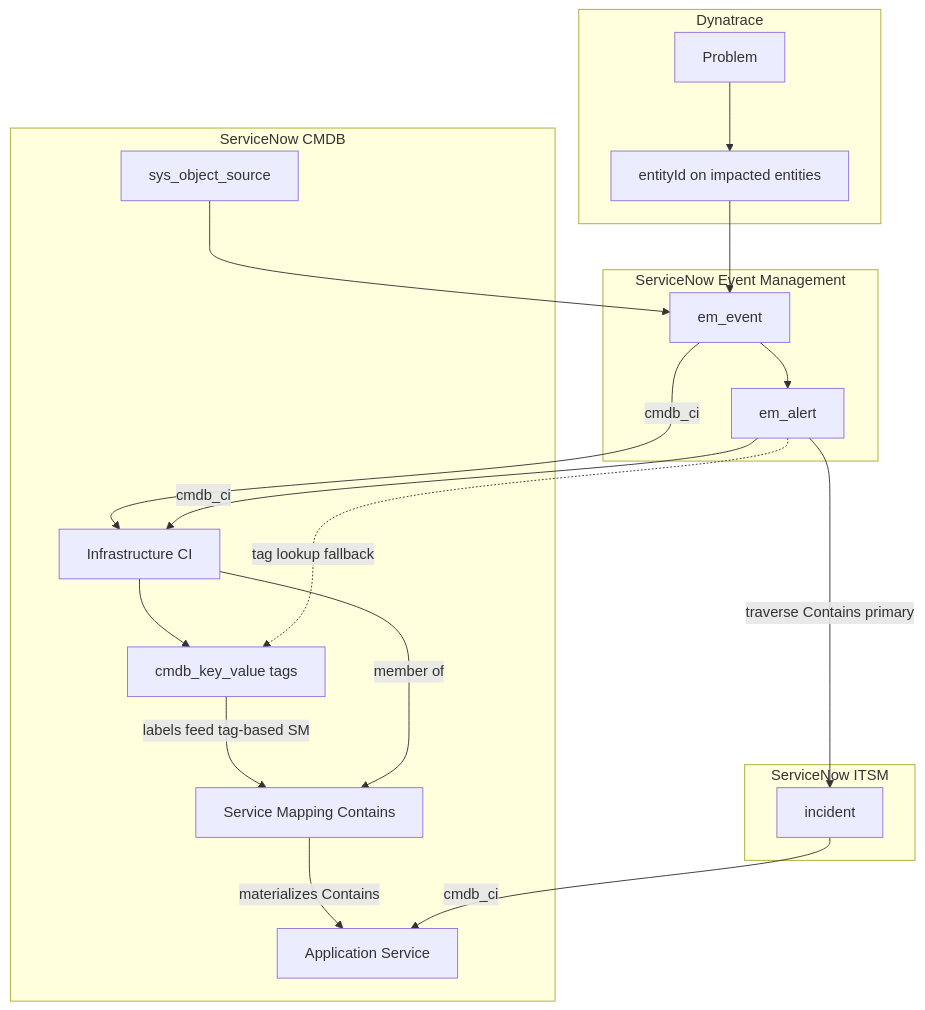
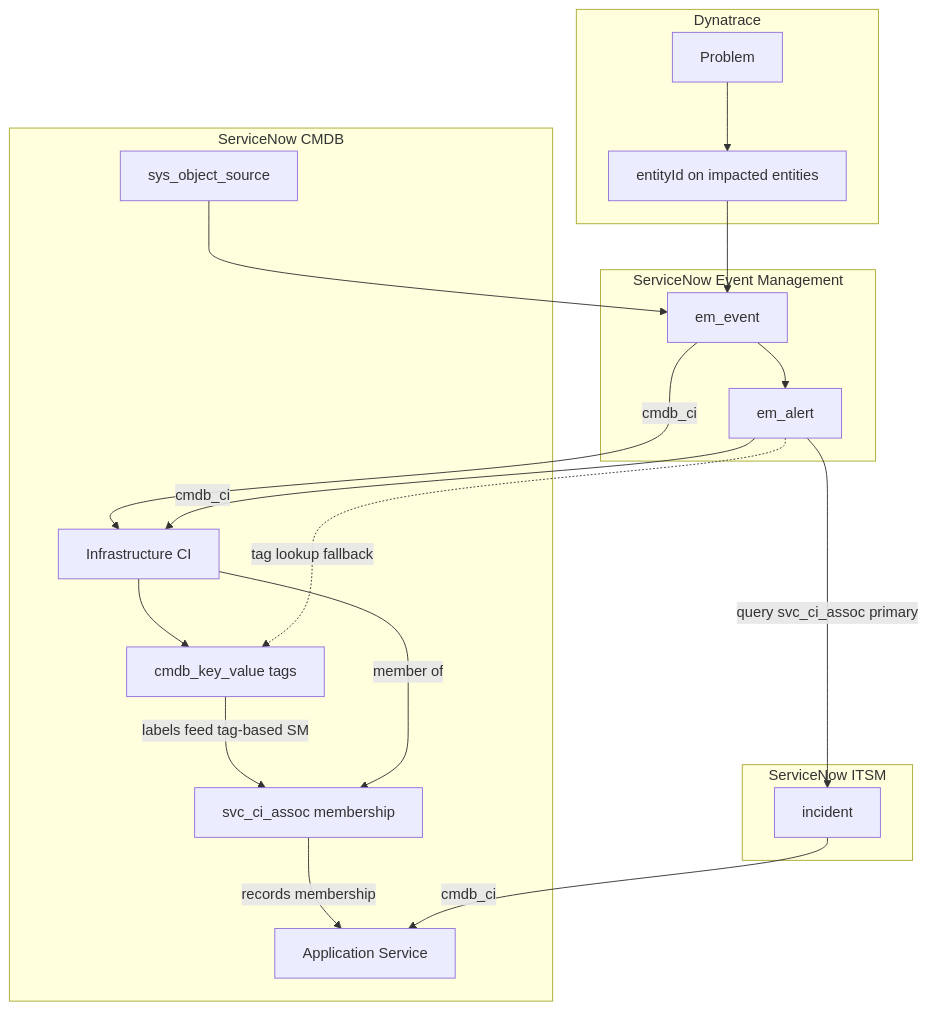
One commit to gxbrooks/spark-observability changed the second of 3 diagrams in observability/dynatrace/docs/DT_Problems_to_SN_Event.md. Above: the diagram before and after it, drawn with Mermaid. The commit also changed other lines of this file and 63 other files, not shown here.

First line of the commit message:
Align ServiceNow service instances on a single display-name tag and svc_ci_assoc.

````diff
--- a/observability/dynatrace/docs/DT_Problems_to_SN_Event.md
+++ b/observability/dynatrace/docs/DT_Problems_to_SN_Event.md
@@ -297,34 +297,34 @@
 ```mermaid
 flowchart TB
   subgraph DT["Dynatrace"]
     P[Problem]
     EID[entityId on impacted entities]
   end
   subgraph SN_EM["ServiceNow Event Management"]
     EV[em_event]
     AL[em_alert]
   end
   subgraph SN_CMDB["ServiceNow CMDB"]
     SOS[sys_object_source]
     INF[Infrastructure CI]
     KV[cmdb_key_value tags]
     AS[Application Service]
-    SM[Service Mapping Contains]
+    SM[svc_ci_assoc membership]
   end
   subgraph SN_ITSM["ServiceNow ITSM"]
     INC[incident]
   end
   P --> EID
   EID --> EV
   SOS --> EV
   EV -->|cmdb_ci| INF
   EV --> AL
   AL -->|cmdb_ci| INF
   INF --> KV
   KV -->|labels feed tag-based SM| SM
-  SM -->|materializes Contains| AS
+  SM -->|records membership| AS
   INF -->|member of| SM
-  AL -->|traverse Contains primary| INC
+  AL -->|query svc_ci_assoc primary| INC
   AL -.->|tag lookup fallback| KV
   INC -->|cmdb_ci| AS
 ```
````
